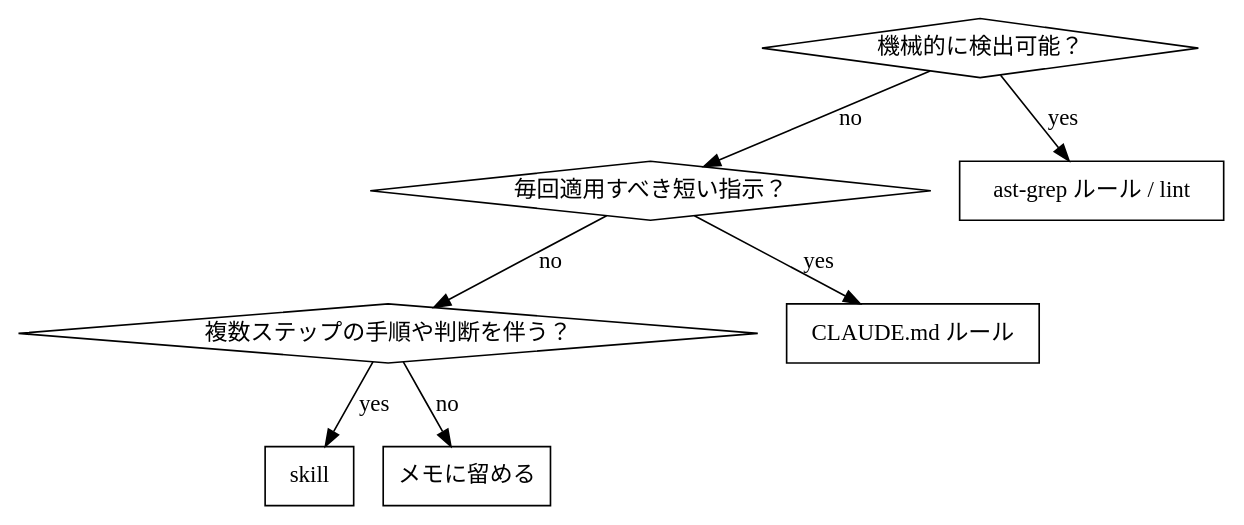
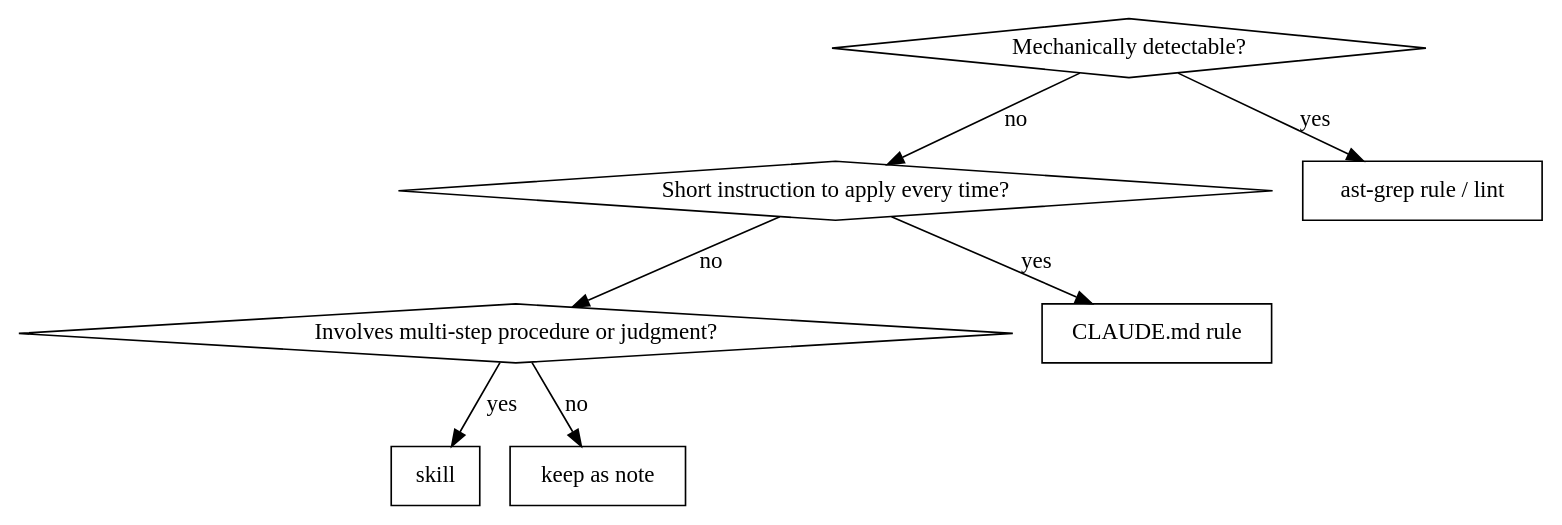
Before and after one commit to mizchi/skills: the diagram in retrospective-codify/SKILL.md, drawn with Graphviz. The commit also changed other lines of this file and 22 other files, not shown here.

````diff
--- a/retrospective-codify/SKILL.md
+++ b/retrospective-codify/SKILL.md
@@ -58,18 +58,18 @@
 ```dot
 digraph classify {
-    "機械的に検出可能？" [shape=diamond];
-    "毎回適用すべき短い指示？" [shape=diamond];
-    "複数ステップの手順や判断を伴う？" [shape=diamond];
-    "ast-grep ルール / lint" [shape=box];
-    "CLAUDE.md ルール" [shape=box];
+    "Mechanically detectable?" [shape=diamond];
+    "Short instruction to apply every time?" [shape=diamond];
+    "Involves multi-step procedure or judgment?" [shape=diamond];
+    "ast-grep rule / lint" [shape=box];
+    "CLAUDE.md rule" [shape=box];
     "skill" [shape=box];
-    "メモに留める" [shape=box];
+    "keep as note" [shape=box];
 
-    "機械的に検出可能？" -> "ast-grep ルール / lint" [label="yes"];
-    "機械的に検出可能？" -> "毎回適用すべき短い指示？" [label="no"];
-    "毎回適用すべき短い指示？" -> "CLAUDE.md ルール" [label="yes"];
-    "毎回適用すべき短い指示？" -> "複数ステップの手順や判断を伴う？" [label="no"];
-    "複数ステップの手順や判断を伴う？" -> "skill" [label="yes"];
-    "複数ステップの手順や判断を伴う？" -> "メモに留める" [label="no"];
+    "Mechanically detectable?" -> "ast-grep rule / lint" [label="yes"];
+    "Mechanically detectable?" -> "Short instruction to apply every time?" [label="no"];
+    "Short instruction to apply every time?" -> "CLAUDE.md rule" [label="yes"];
+    "Short instruction to apply every time?" -> "Involves multi-step procedure or judgment?" [label="no"];
+    "Involves multi-step procedure or judgment?" -> "skill" [label="yes"];
+    "Involves multi-step procedure or judgment?" -> "keep as note" [label="no"];
 }
 ```
````
